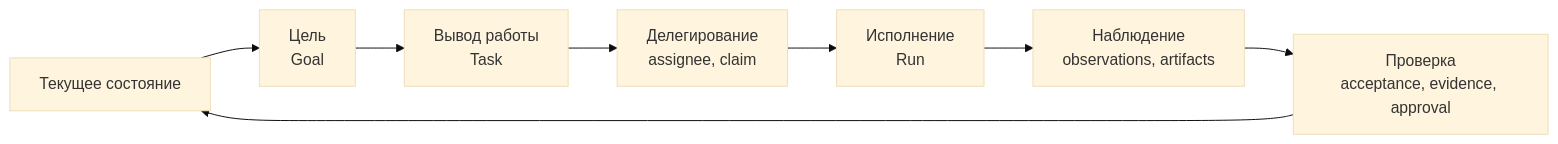
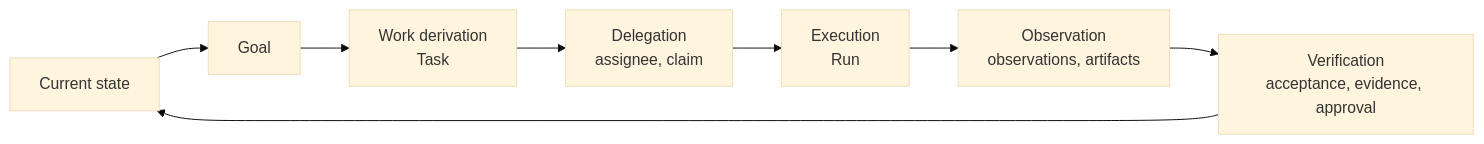
One commit to monthu56/taimen changed the diagram in guide/docs/overview/what-is-taimen.md. Above: the diagram before and after it, drawn with Mermaid (base theme). The commit also changed other lines of this file and 183 other files, not shown here.

````diff
--- a/guide/docs/overview/what-is-taimen.md
+++ b/guide/docs/overview/what-is-taimen.md
@@ -45,10 +47,10 @@
 ```mermaid
 flowchart LR
-    A[Текущее состояние] --> G[Цель<br/>Goal]
-    G --> W[Вывод работы<br/>Task]
-    W --> D[Делегирование<br/>assignee, claim]
-    D --> E[Исполнение<br/>Run]
-    E --> O[Наблюдение<br/>observations, artifacts]
-    O --> V[Проверка<br/>acceptance, evidence, approval]
+    A[Current state] --> G[Goal]
+    G --> W[Work derivation<br/>Task]
+    W --> D["Delegation<br/>assignee, claim"]
+    D --> E[Execution<br/>Run]
+    E --> O["Observation<br/>observations, artifacts"]
+    O --> V["Verification<br/>acceptance, evidence, approval"]
     V --> A
 ```
````
